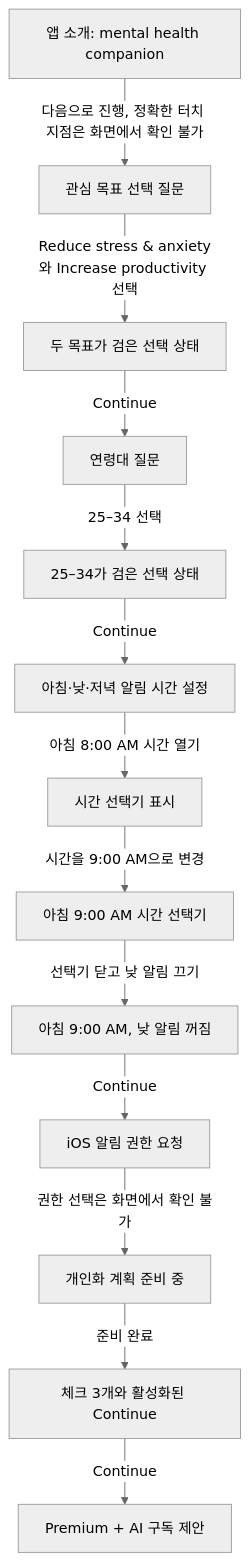
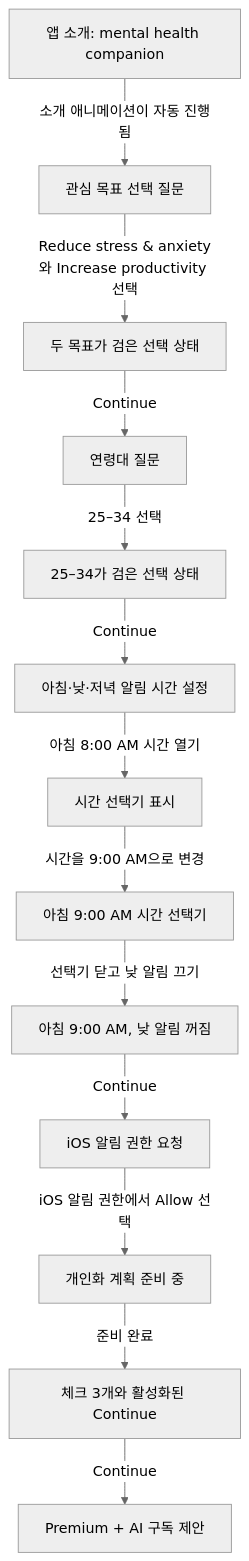
The diagram in docs/Stoic/flows/onboarding-0c54c507/README.md (Dev-Corgi/Stoic-Build-Clone-Test), drawn with Mermaid (neutral theme) before and after one commit. The commit also changed other lines of this file and 23 other files, not shown here.

Commit message:
docs: verify Stoic flows with user-confirmed transitions

````diff
--- a/docs/Stoic/flows/onboarding-0c54c507/README.md
+++ b/docs/Stoic/flows/onboarding-0c54c507/README.md
@@ -8,15 +8,15 @@
 ```mermaid
 flowchart TD
-  S1[앱 소개: mental health companion] -->|다음으로 진행, 정확한 터치 지점은 화면에서 확인 불가| S2[관심 목표 선택 질문]
+  S1[앱 소개: mental health companion] -->|소개 애니메이션이 자동 진행됨| S2[관심 목표 선택 질문]
   S2 -->|Reduce stress & anxiety와 Increase productivity 선택| S3[두 목표가 검은 선택 상태]
   S3 -->|Continue| S4[연령대 질문]
   S4 -->|25–34 선택| S5[25–34가 검은 선택 상태]
   S5 -->|Continue| S6[아침·낮·저녁 알림 시간 설정]
   S6 -->|아침 8:00 AM 시간 열기| S7[시간 선택기 표시]
   S7 -->|시간을 9:00 AM으로 변경| S8[아침 9:00 AM 시간 선택기]
   S8 -->|선택기 닫고 낮 알림 끄기| S9[아침 9:00 AM, 낮 알림 꺼짐]
   S9 -->|Continue| S10[iOS 알림 권한 요청]
-  S10 -->|권한 선택은 화면에서 확인 불가| S11[개인화 계획 준비 중]
+  S10 -->|iOS 알림 권한에서 Allow 선택| S11[개인화 계획 준비 중]
   S11 -->|준비 완료| S12[체크 3개와 활성화된 Continue]
   S12 -->|Continue| S13[Premium + AI 구독 제안]
 ```
````
